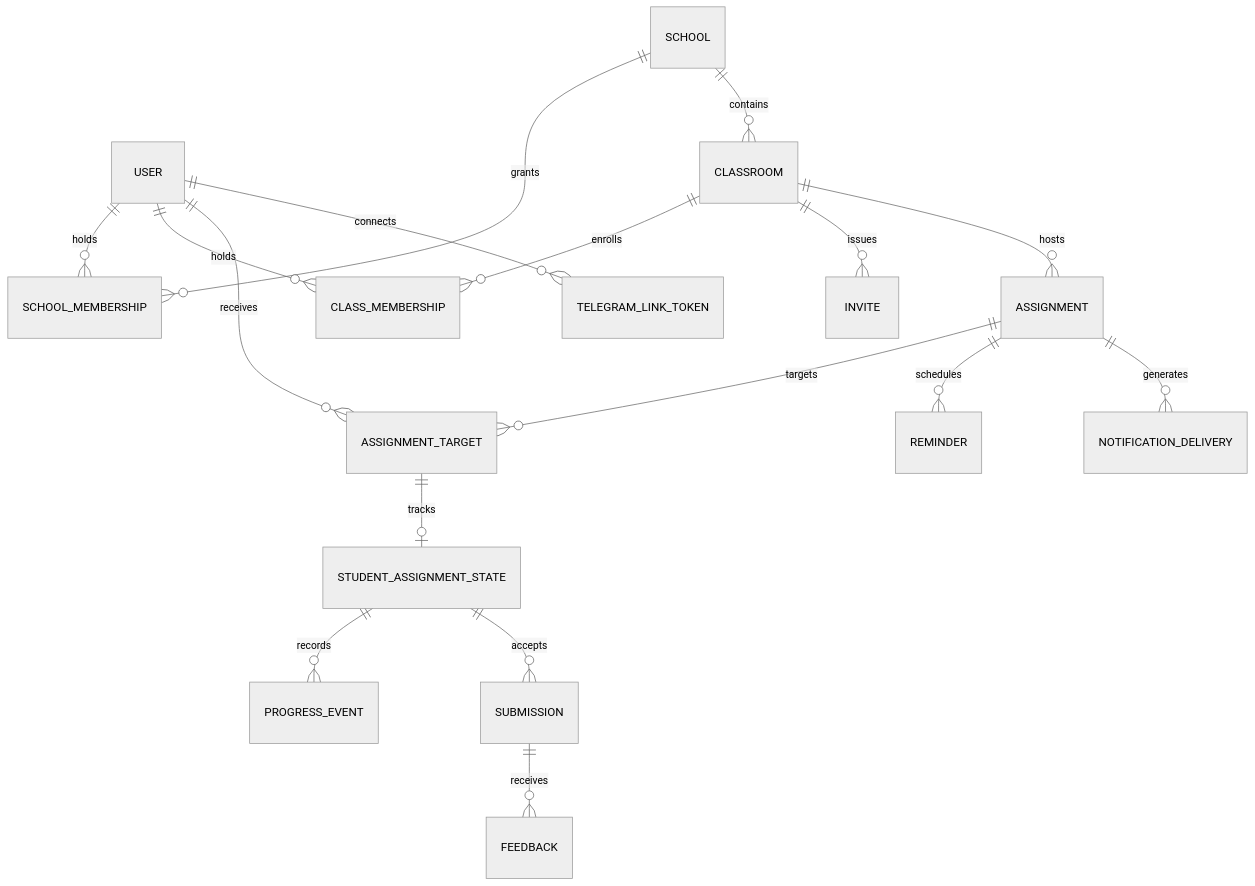
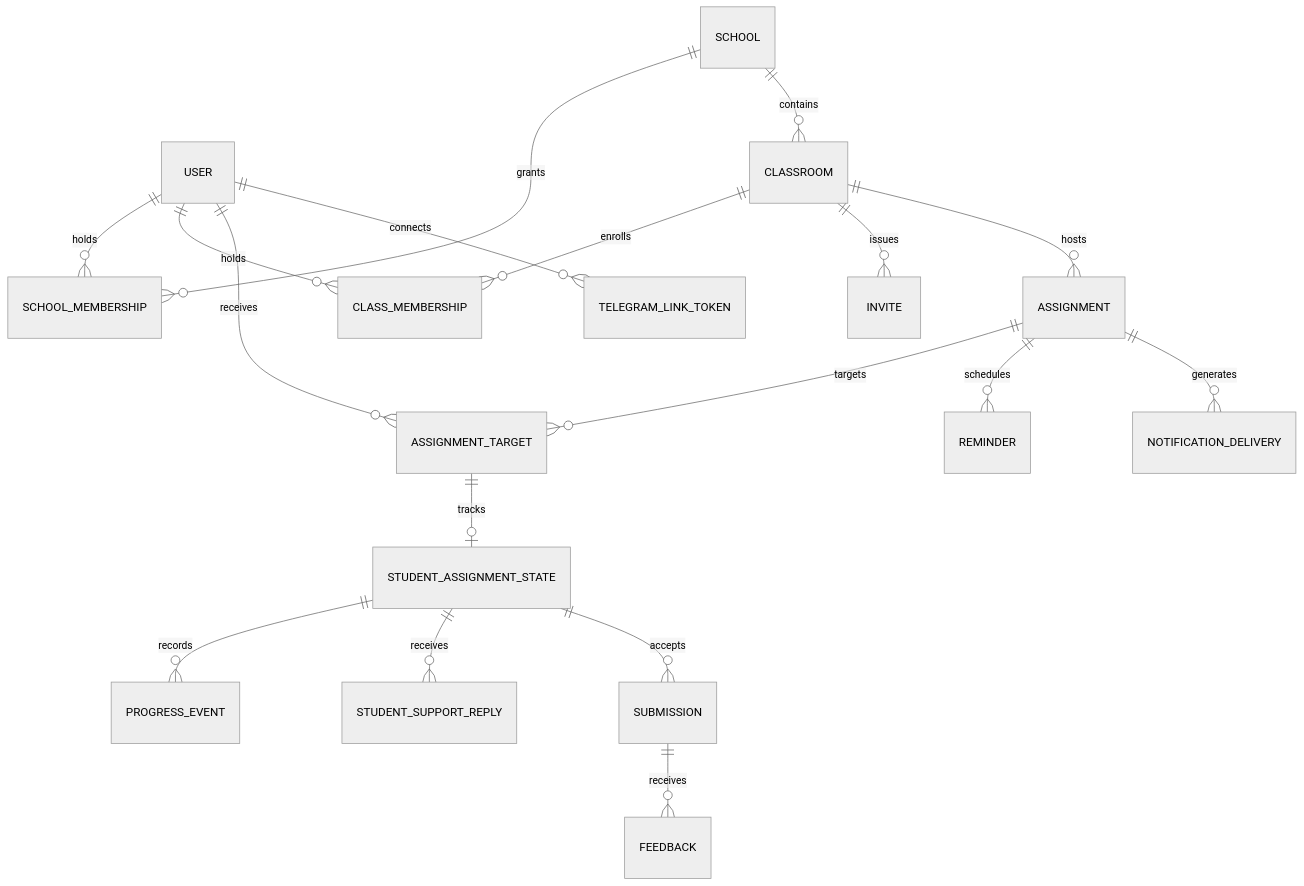
One commit to karthikLagudu/SIM_Class_Relay changed the second of 3 diagrams in README.md. Above: the diagram before and after it, drawn with Mermaid (neutral theme). The commit also changed other lines of this file and 21 other files, not shown here.

````diff
--- a/README.md
+++ b/README.md
@@ -92,19 +89,20 @@
 ```mermaid
 erDiagram
     SCHOOL ||--o{ SCHOOL_MEMBERSHIP : grants
     USER ||--o{ SCHOOL_MEMBERSHIP : holds
     SCHOOL ||--o{ CLASSROOM : contains
     CLASSROOM ||--o{ CLASS_MEMBERSHIP : enrolls
     USER ||--o{ CLASS_MEMBERSHIP : holds
     CLASSROOM ||--o{ INVITE : issues
     CLASSROOM ||--o{ ASSIGNMENT : hosts
     ASSIGNMENT ||--o{ ASSIGNMENT_TARGET : targets
     USER ||--o{ ASSIGNMENT_TARGET : receives
     ASSIGNMENT_TARGET ||--o| STUDENT_ASSIGNMENT_STATE : tracks
     STUDENT_ASSIGNMENT_STATE ||--o{ PROGRESS_EVENT : records
+    STUDENT_ASSIGNMENT_STATE ||--o{ STUDENT_SUPPORT_REPLY : receives
     STUDENT_ASSIGNMENT_STATE ||--o{ SUBMISSION : accepts
     SUBMISSION ||--o{ FEEDBACK : receives
     ASSIGNMENT ||--o{ REMINDER : schedules
     ASSIGNMENT ||--o{ NOTIFICATION_DELIVERY : generates
     USER ||--o{ TELEGRAM_LINK_TOKEN : connects
 ```
````
